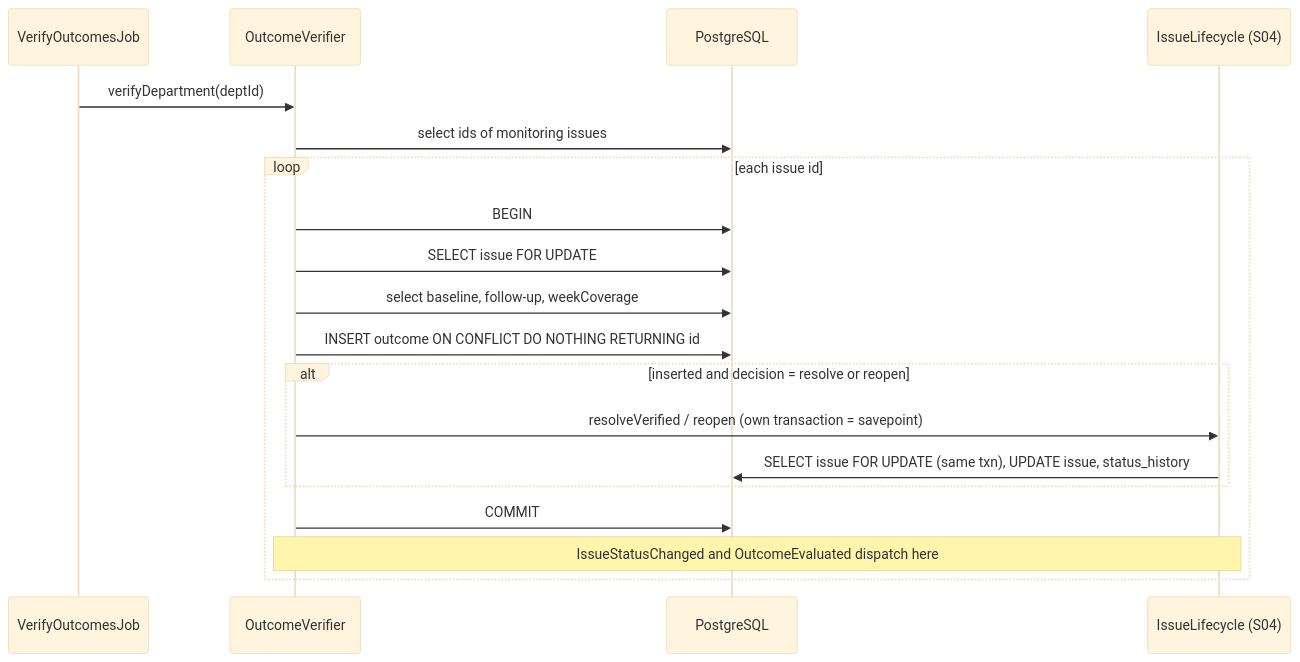
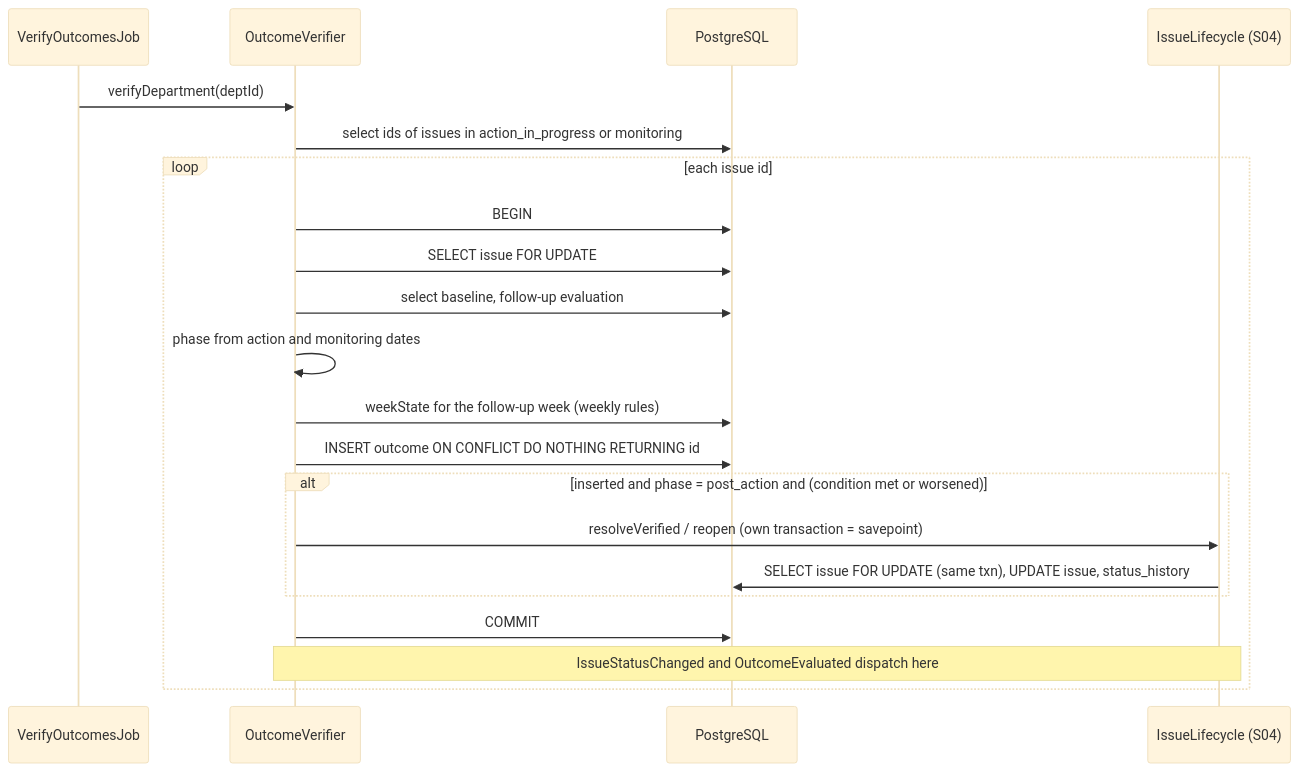
The second of 2 diagrams in .kiro/specs/08-outcomes-history/design.md (shojibur/BusinessPulse), drawn with Mermaid (base theme) before and after one commit. The commit also changed other lines of this file and 40 other files, not shown here.

````diff
--- a/.kiro/specs/08-outcomes-history/design.md
+++ b/.kiro/specs/08-outcomes-history/design.md
@@ -71,21 +98,23 @@
 ```mermaid
 sequenceDiagram
   participant J as VerifyOutcomesJob
   participant V as OutcomeVerifier
   participant DB as PostgreSQL
   participant L as IssueLifecycle (S04)
   J->>V: verifyDepartment(deptId)
-  V->>DB: select ids of monitoring issues
+  V->>DB: select ids of issues in action_in_progress or monitoring
   loop each issue id
     V->>DB: BEGIN
     V->>DB: SELECT issue FOR UPDATE
-    V->>DB: select baseline, follow-up, weekCoverage
+    V->>DB: select baseline, follow-up evaluation
+    V->>V: phase from action and monitoring dates
+    V->>DB: weekState for the follow-up week (weekly rules)
     V->>DB: INSERT outcome ON CONFLICT DO NOTHING RETURNING id
-    alt inserted and decision = resolve or reopen
+    alt inserted and phase = post_action and (condition met or worsened)
       V->>L: resolveVerified / reopen (own transaction = savepoint)
       L->>DB: SELECT issue FOR UPDATE (same txn), UPDATE issue, status_history
     end
     V->>DB: COMMIT
     Note over V,L: IssueStatusChanged and OutcomeEvaluated dispatch here
   end
 ```
````
